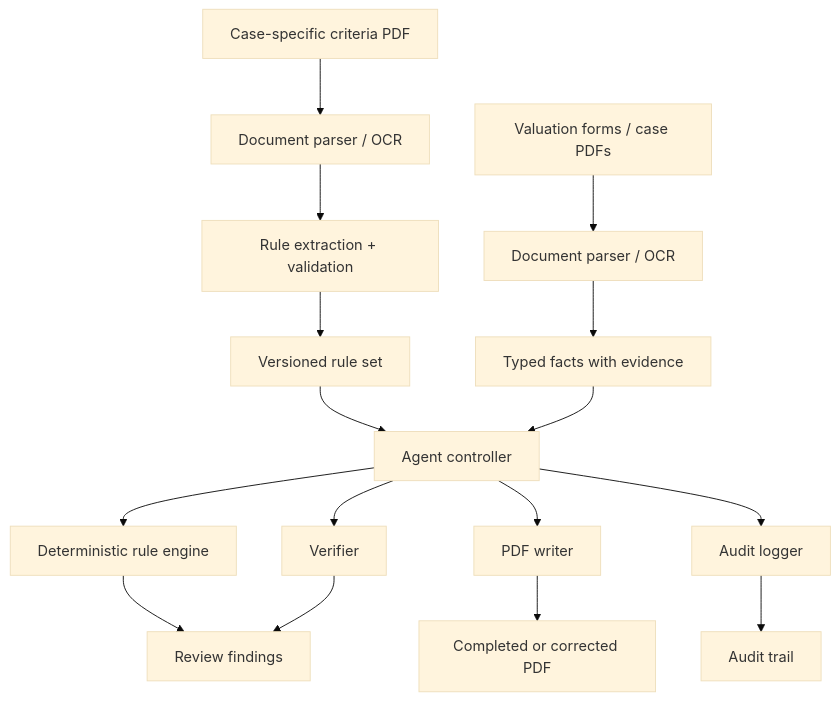
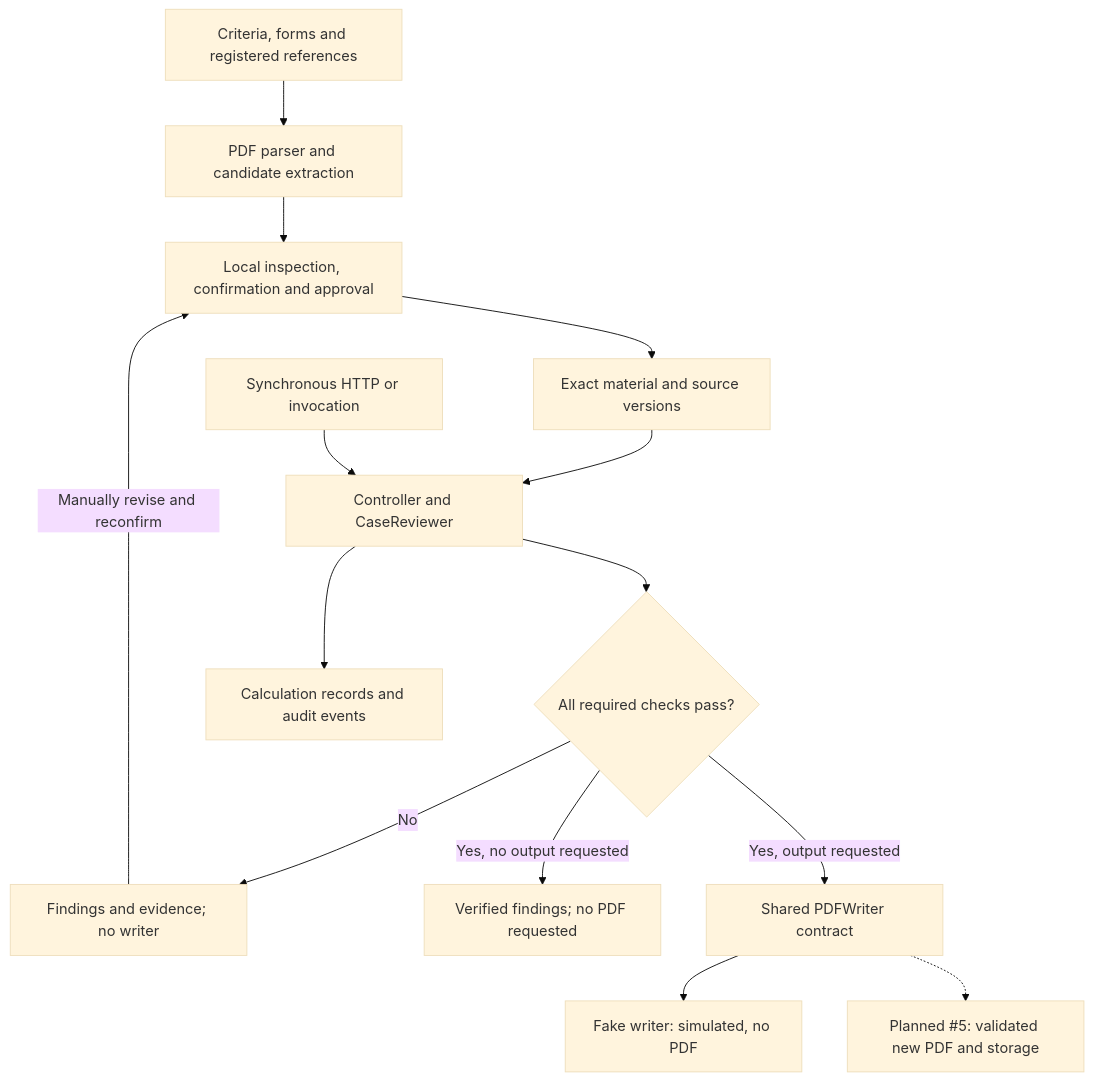
The diagram in README.md (chengruchou/newtaipei-appraisal-review-ai), drawn with Mermaid (base theme) before and after one commit. The commit also changed other lines of this file and 7 other files, not shown here.

Commit message:
docs: align architecture and progress with merged review core

````diff
--- a/README.md
+++ b/README.md
@@ -37,18 +64,16 @@
 ```mermaid
 flowchart TD
-    C["Case-specific criteria PDF"] --> P1["Document parser / OCR"]
-    P1 --> RX["Rule extraction + validation"]
-    RX --> RS["Versioned rule set"]
-    F["Valuation forms / case PDFs"] --> P2["Document parser / OCR"]
-    P2 --> FX["Typed facts with evidence"]
-    RS --> A["Agent controller"]
-    FX --> A
-    A --> RE["Deterministic rule engine"]
-    A --> V["Verifier"]
-    A --> PW["PDF writer"]
-    A --> AL["Audit logger"]
-    RE --> O["Review findings"]
-    V --> O
-    PW --> PDF["Completed or corrected PDF"]
-    AL --> AUDIT["Audit trail"]
+    DOC["Criteria, forms and registered references"] --> PREP["PDF parser and candidate extraction"]
+    PREP --> HUMAN["Local inspection, confirmation and approval"]
+    HUMAN --> MATERIAL["Exact material and source versions"]
+    MATERIAL --> CORE["Controller and CaseReviewer"]
+    API["Synchronous HTTP or invocation"] --> CORE
+    CORE --> GATE{"All required checks pass?"}
+    GATE -->|No| FIND["Findings and evidence; no writer"]
+    FIND -->|Manually revise and reconfirm| HUMAN
+    GATE -->|Yes, no output requested| DONE["Verified findings; no PDF requested"]
+    GATE -->|Yes, output requested| PORT["Shared PDFWriter contract"]
+    PORT --> FAKE["Fake writer: simulated, no PDF"]
+    PORT -.-> REAL["Planned #5: validated new PDF and storage"]
+    CORE --> AUDIT["Calculation records and audit events"]
 ```
````
